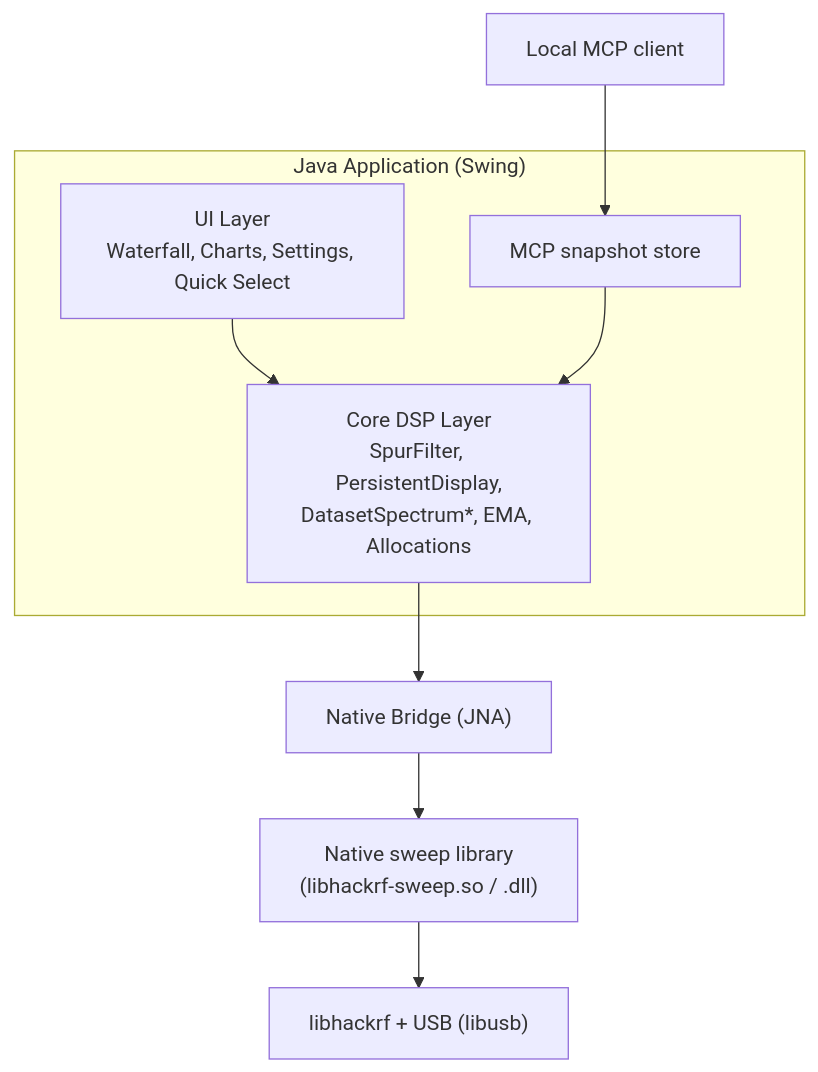
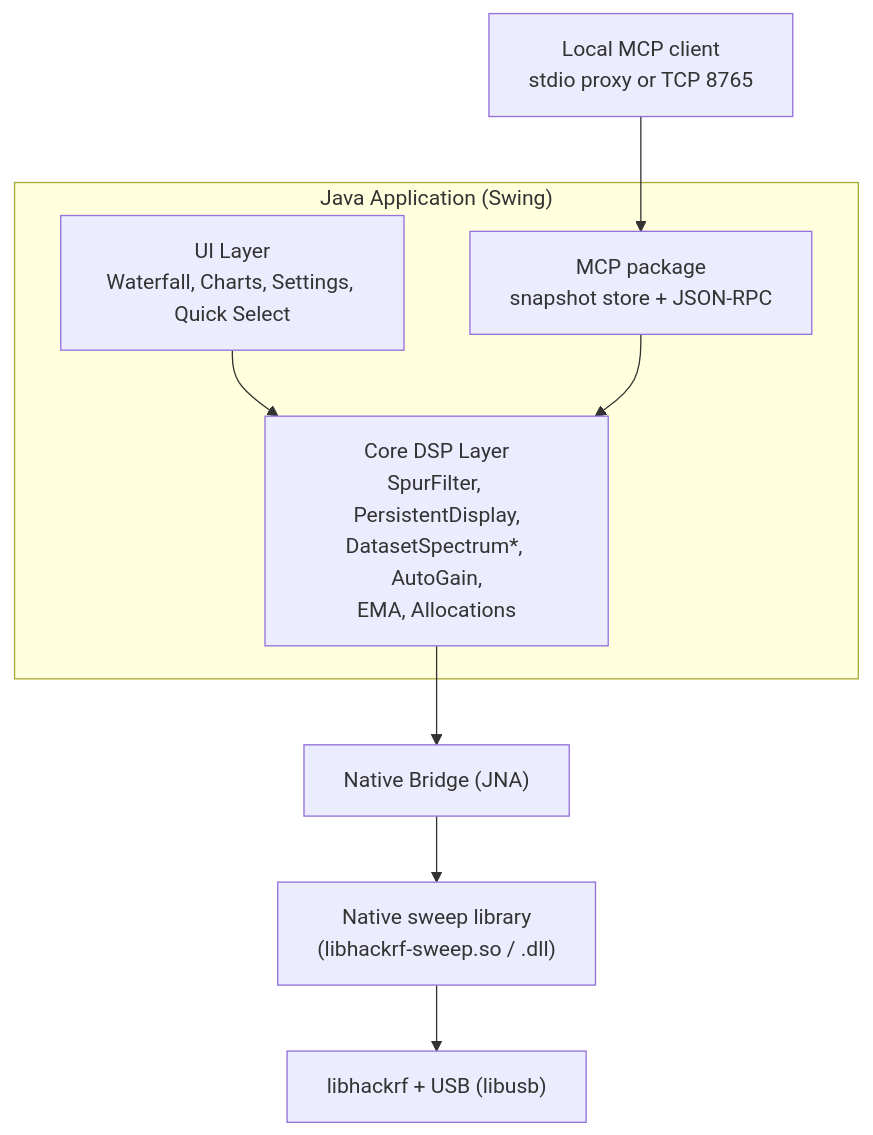
Before and after one commit to chris-piekarski/hackrf-spectrum-analyzer: the first of 5 diagrams in docs/architecture.md, drawn with Mermaid. The commit also changed other lines of this file and 9 other files, not shown here.

````diff
--- a/docs/architecture.md
+++ b/docs/architecture.md
@@ -5,20 +7,20 @@
 ```mermaid
 flowchart TD
     subgraph JavaApp["Java Application (Swing)"]
         UI["UI Layer<br/>Waterfall, Charts, Settings, Quick Select"]
-        Core["Core DSP Layer<br/>SpurFilter, PersistentDisplay,<br/>DatasetSpectrum*, EMA, Allocations"]
-        MCP["MCP snapshot store"]
+        Core["Core DSP Layer<br/>SpurFilter, PersistentDisplay,<br/>DatasetSpectrum*, AutoGain,<br/>EMA, Allocations"]
+        MCP["MCP package<br/>snapshot store + JSON-RPC"]
     end
 
     NativeBridge["Native Bridge (JNA)"]
     NativeLib["Native sweep library<br/>(libhackrf-sweep.so / .dll)"]
     HackRF["libhackrf + USB (libusb)"]
-    Agent["Local MCP client"]
+    Agent["Local MCP client<br/>stdio proxy or TCP 8765"]
 
     UI --> Core
     MCP --> Core
     Agent --> MCP
     Core --> NativeBridge
     NativeBridge --> NativeLib
     NativeLib --> HackRF
 ```
````
